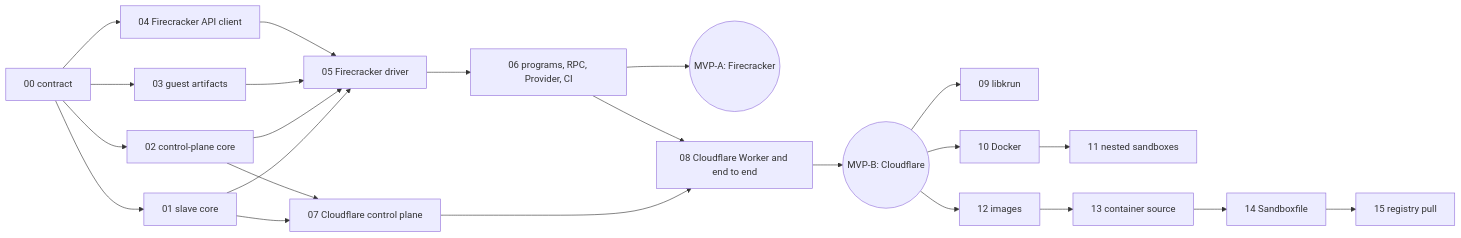
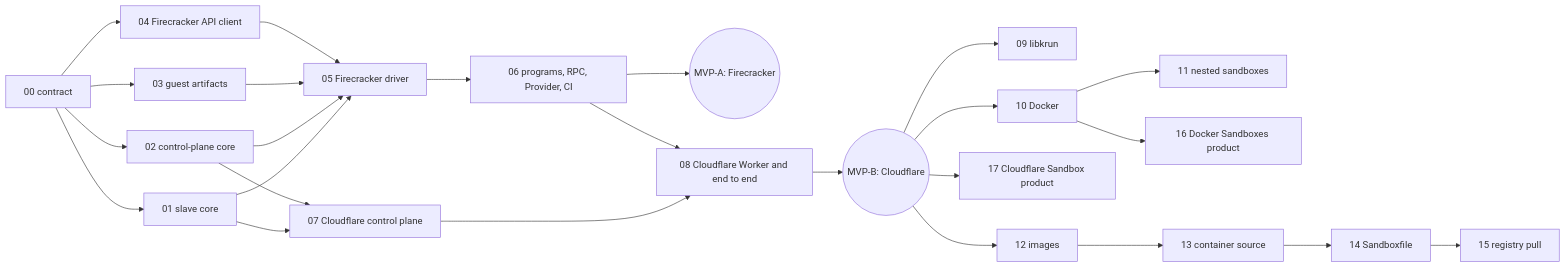
Before and after one commit to ewe-studios/ewe_platform: the second of 2 diagrams in specifications/77-foundation-platform-sandbox/requirements.md, drawn with Mermaid. The commit also changed other lines of this file and 7 other files, not shown here.

First line of the commit message:
Spec 77: add the Docker Sandboxes and Cloudflare Sandbox products

````diff
--- a/specifications/77-foundation-platform-sandbox/requirements.md
+++ b/specifications/77-foundation-platform-sandbox/requirements.md
@@ -361,22 +375,24 @@
 ```mermaid
 graph LR
   F00[00 contract] --> F01[01 slave core]
   F00 --> F02[02 control-plane core]
   F00 --> F03[03 guest artifacts]
   F00 --> F04[04 Firecracker API client]
   F01 --> F05[05 Firecracker driver]
   F02 --> F05
   F03 --> F05
   F04 --> F05
   F05 --> F06[06 programs, RPC, Provider, CI]
   F06 --> MA((MVP-A: Firecracker))
   F01 --> F07[07 Cloudflare control plane]
   F02 --> F07
   F07 --> F08[08 Cloudflare Worker and end to end]
   F06 --> F08
   F08 --> MB((MVP-B: Cloudflare))
   MB --> F09[09 libkrun]
   MB --> F10[10 Docker]
   F10 --> F11[11 nested sandboxes]
+  F10 --> F16[16 Docker Sandboxes product]
+  MB --> F17[17 Cloudflare Sandbox product]
   MB --> F12[12 images] --> F13[13 container source] --> F14[14 Sandboxfile] --> F15[15 registry pull]
 ```
````
